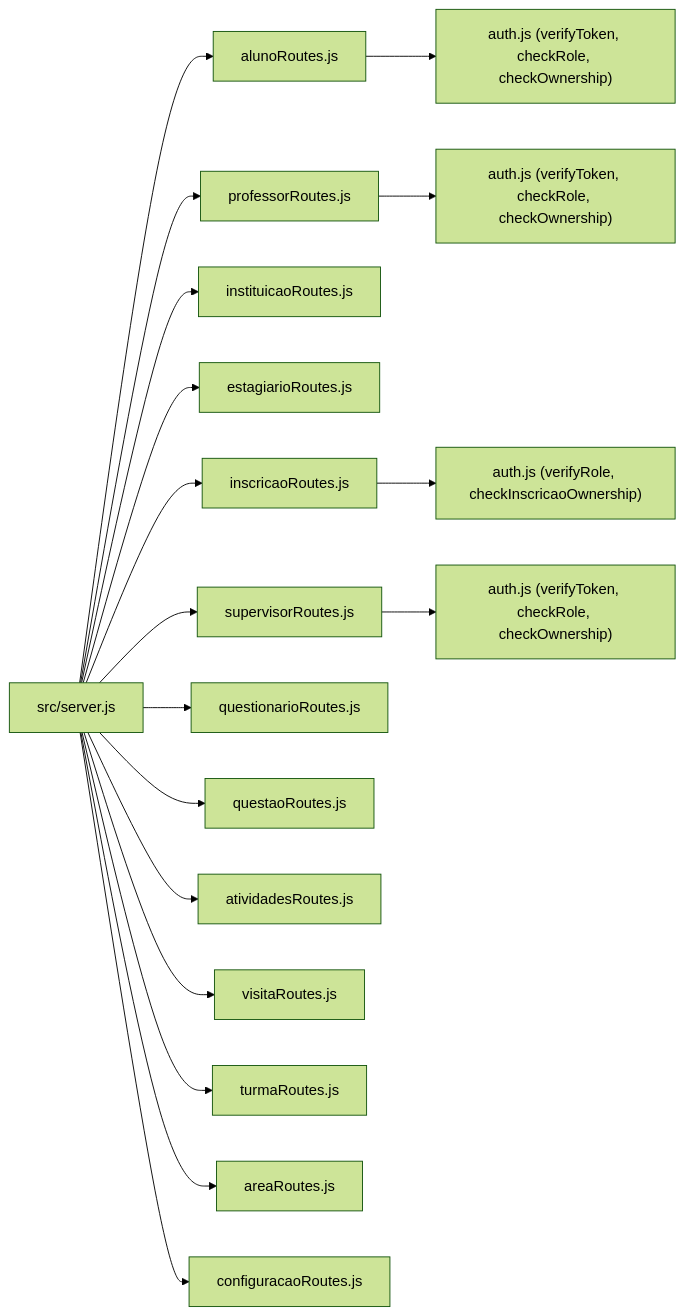
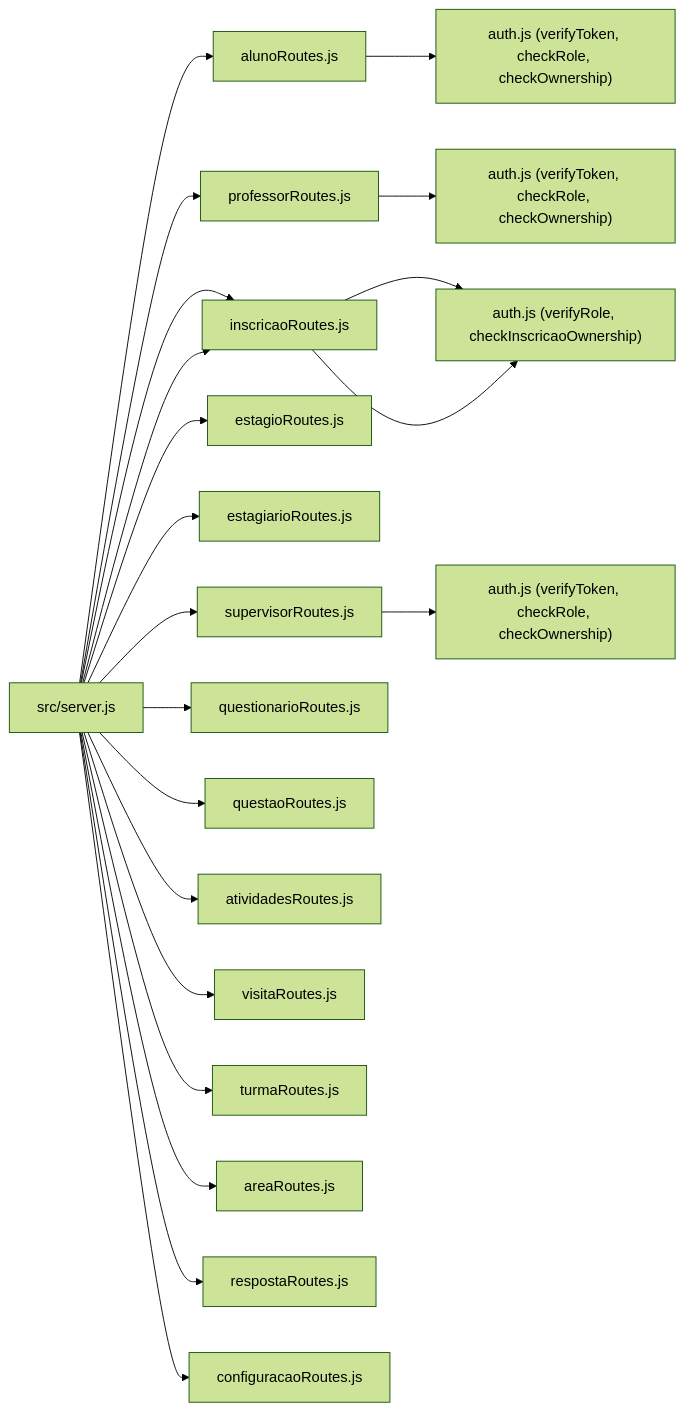
Before and after one commit to luiseduacosta/nodemural: the fourth of 4 diagrams in .qoder/repowiki/en/content/API Reference/API Reference.md, drawn with Mermaid (forest theme). The commit also changed other lines of this file and 27 other files, not shown here.

````diff
--- a/.qoder/repowiki/en/content/API Reference/API Reference.md
+++ b/.qoder/repowiki/en/content/API Reference/API Reference.md
@@ -779,20 +944,23 @@
 ```mermaid
 graph LR
 Server["src/server.js"] --> AR["alunoRoutes.js"]
-Server --> DR["professorRoutes.js"]
-Server --> ER["instituicaoRoutes.js"]
+Server --> PR["professorRoutes.js"]
+Server --> IR["instituicaoRoutes.js"]
+Server --> ER["estagioRoutes.js"]
 Server --> ETR["estagiarioRoutes.js"]
 Server --> IR["inscricaoRoutes.js"]
 Server --> SR["supervisorRoutes.js"]
 Server --> QR["questionarioRoutes.js"]
 Server --> QAr["questaoRoutes.js"]
 Server --> ATR["atividadesRoutes.js"]
 Server --> VR["visitaRoutes.js"]
 Server --> TR["turmaRoutes.js"]
 Server --> AIR["areaRoutes.js"]
+Server --> RR["respostaRoutes.js"]
 Server --> CR["configuracaoRoutes.js"]
 AR --> AMW["auth.js (verifyToken, checkRole, checkOwnership)"]
-DR --> DMW["auth.js (verifyToken, checkRole, checkOwnership)"]
+PR --> PMW["auth.js (verifyToken, checkRole, checkOwnership)"]
+IR --> IMW["auth.js (verifyToken, checkRole)"]
 SR --> SMW["auth.js (verifyToken, checkRole, checkOwnership)"]
 IR --> IMW["auth.js (verifyRole, checkInscricaoOwnership)"]
 ```
````
